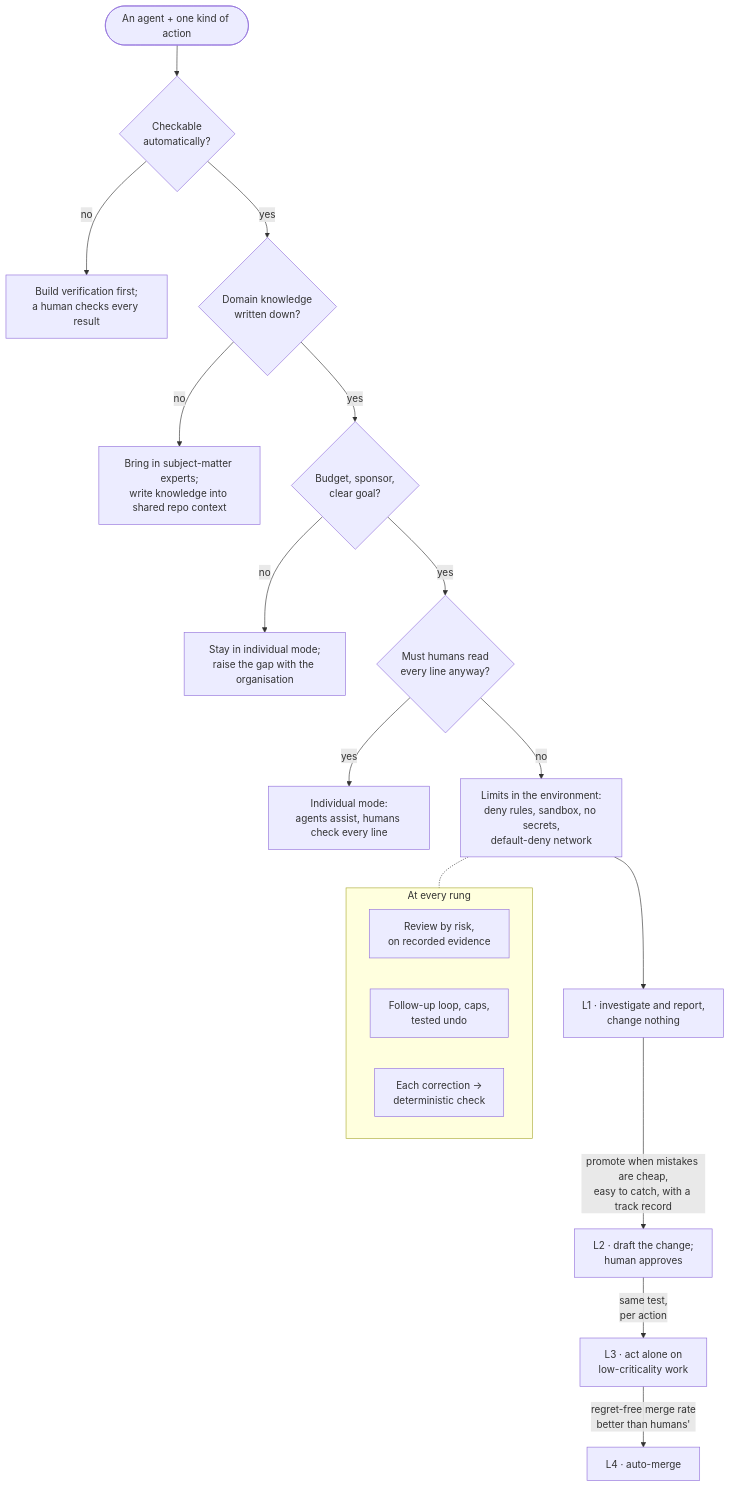
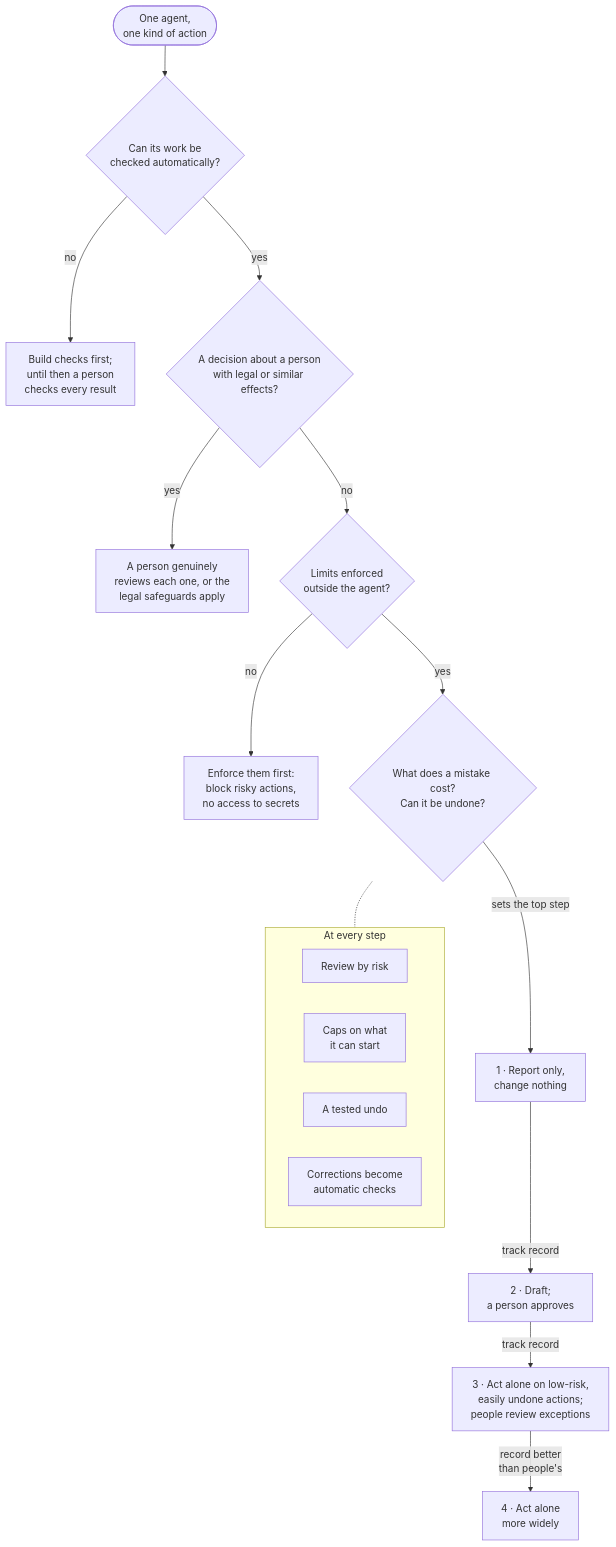
The diagram in 2-decide/how-much-autonomy-for-an-agent.md (AnilKerai/applied-ai-handbook), drawn with Mermaid before and after one commit. The commit also changed other lines of this file and 1 other file, not shown here.

Commit message:
Autonomy decision tree: rewritten for anyone letting an agent act; coding specifics in one line

````diff
--- a/2-decide/how-much-autonomy-for-an-agent.md
+++ b/2-decide/how-much-autonomy-for-an-agent.md
@@ -28,22 +36,21 @@
 ```mermaid
 flowchart TD
-    S(["An agent + one kind of action"]) --> C1{"Checkable<br/>automatically?"}
-    C1 -- no --> F1["Build verification first;<br/>a human checks every result"]
-    C1 -- yes --> C2{"Domain knowledge<br/>written down?"}
-    C2 -- no --> F2["Bring in subject-matter experts;<br/>write knowledge into shared repo context"]
-    C2 -- yes --> C3{"Budget, sponsor,<br/>clear goal?"}
-    C3 -- no --> F3["Stay in individual mode;<br/>raise the gap with the organisation"]
-    C3 -- yes --> C4{"Must humans read<br/>every line anyway?"}
-    C4 -- yes --> F4["Individual mode:<br/>agents assist, humans check every line"]
-    C4 -- no --> ENV["Limits in the environment:<br/>deny rules, sandbox, no secrets,<br/>default-deny network"]
-    ENV --> L1["L1 · investigate and report,<br/>change nothing"]
-    L1 -- "promote when mistakes are cheap,<br/>easy to catch, with a track record" --> L2["L2 · draft the change;<br/>human approves"]
-    L2 -- "same test,<br/>per action" --> L3["L3 · act alone on<br/>low-criticality work"]
-    L3 -- "regret-free merge rate<br/>better than humans'" --> L4["L4 · auto-merge"]
-    ENV -.- ALWAYS
-    subgraph ALWAYS["At every rung"]
-        A1["Review by risk,<br/>on recorded evidence"]
-        A2["Follow-up loop, caps,<br/>tested undo"]
-        A3["Each correction →<br/>deterministic check"]
+    S(["One agent,<br/>one kind of action"]) --> G1{"Can its work be<br/>checked automatically?"}
+    G1 -- no --> F1["Build checks first;<br/>until then a person<br/>checks every result"]
+    G1 -- yes --> G2{"A decision about a person<br/>with legal or similar effects?"}
+    G2 -- yes --> F2["A person genuinely<br/>reviews each one, or the<br/>legal safeguards apply"]
+    G2 -- no --> G3{"Limits enforced<br/>outside the agent?"}
+    G3 -- no --> F3["Enforce them first:<br/>block risky actions,<br/>no access to secrets"]
+    G3 -- yes --> G4{"What does a mistake cost?<br/>Can it be undone?"}
+    G4 -- "sets the top step" --> L1["1 · Report only,<br/>change nothing"]
+    L1 -- "track record" --> L2["2 · Draft;<br/>a person approves"]
+    L2 -- "track record" --> L3["3 · Act alone on low-risk,<br/>easily undone actions;<br/>people review exceptions"]
+    L3 -- "record better<br/>than people's" --> L4["4 · Act alone<br/>more widely"]
+    G4 -.- ALWAYS
+    subgraph ALWAYS["At every step"]
+        A1["Review by risk"]
+        A2["Caps on what<br/>it can start"]
+        A3["A tested undo"]
+        A4["Corrections become<br/>automatic checks"]
     end
 ```
````
